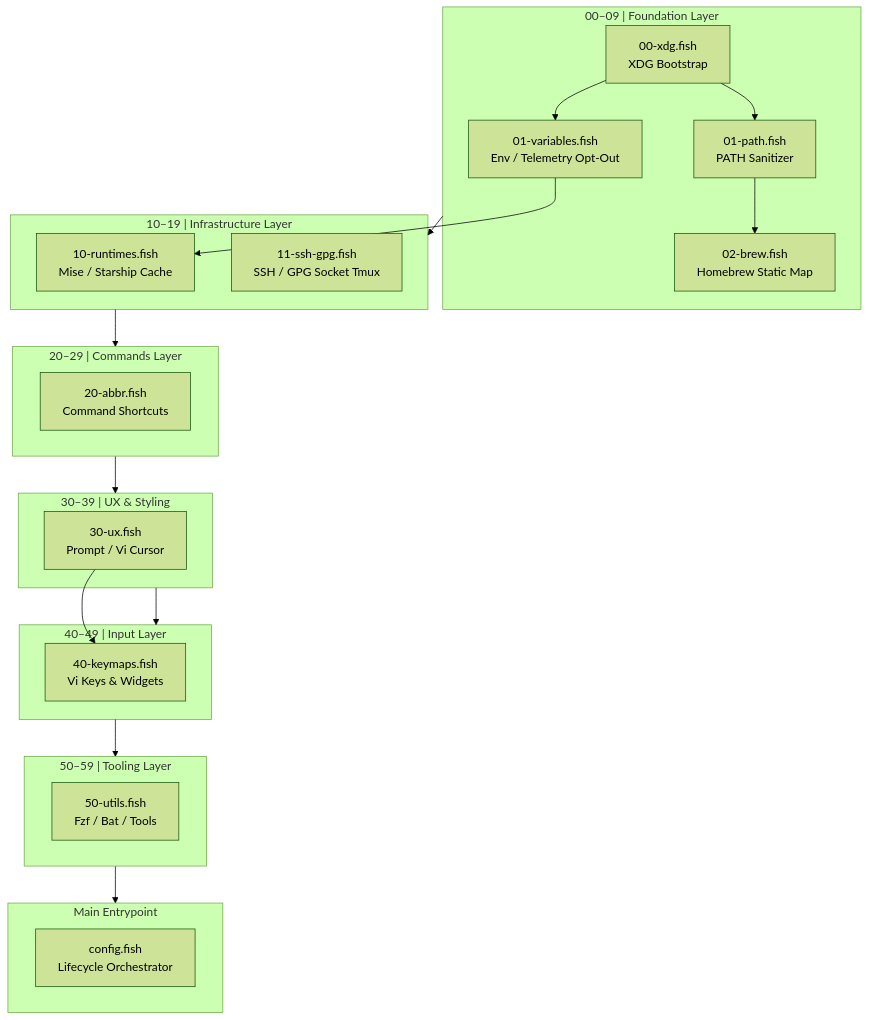
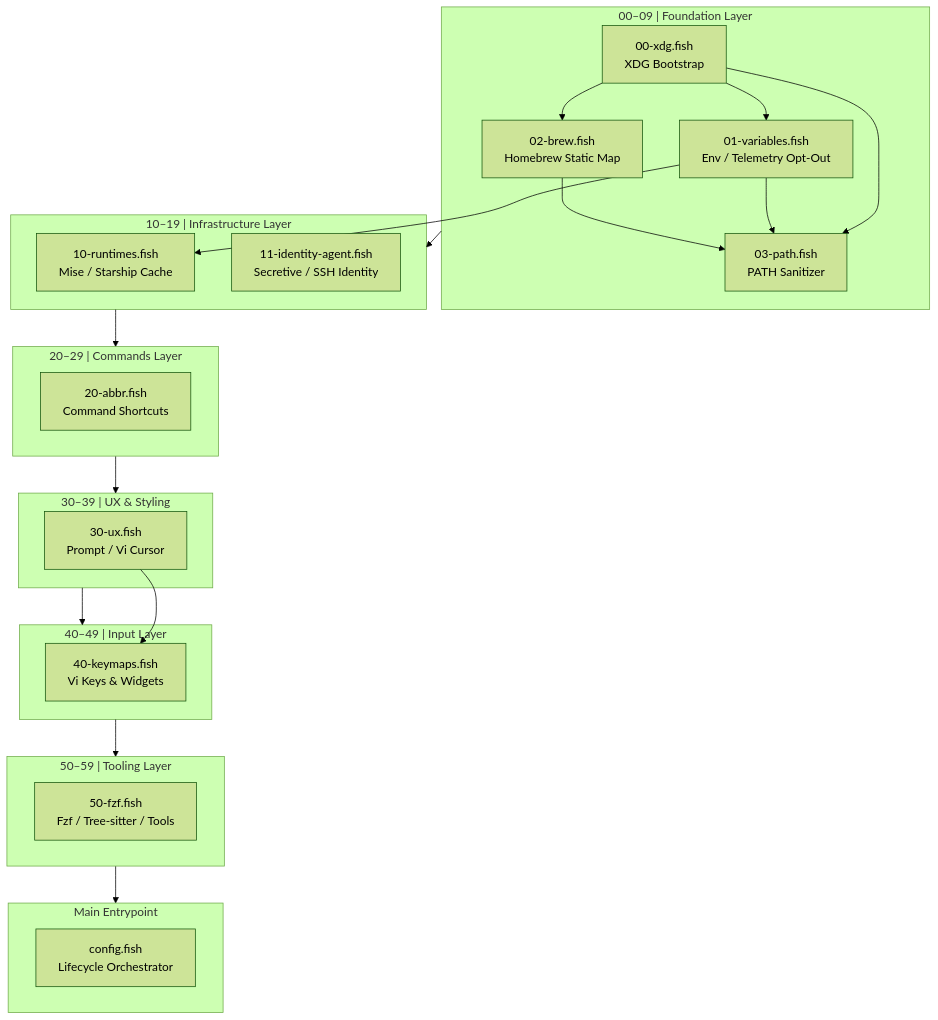
Before and after one commit to zx0r/x-env: the diagram in config/fish/.meta/MAP_OF_CONTENT.md, drawn with Mermaid (forest theme). The commit also changed other lines of this file and 137 other files, not shown here.

Commit message:
feat(config): update README and fish, tmux, starship, nvim, kitty configurations

````diff
--- a/config/fish/.meta/MAP_OF_CONTENT.md
+++ b/config/fish/.meta/MAP_OF_CONTENT.md
@@ -11,51 +6,42 @@
 ```mermaid
 graph TD
-
     subgraph L1["00–09 | Foundation Layer"]
         A00["00-xdg.fish<br/>XDG Bootstrap"]
-        A01P["01-path.fish<br/>PATH Sanitizer"]
         A01V["01-variables.fish<br/>Env / Telemetry Opt-Out"]
         A02B["02-brew.fish<br/>Homebrew Static Map"]
-
-        A00 --> A01P
+        A03P["03-path.fish<br/>PATH Sanitizer"]
         A00 --> A01V
-        A01P --> A02B
+        A00 --> A02B
+        A00 --> A03P
+        A01V --> A03P
+        A02B --> A03P
     end
-
     subgraph L2["10–19 | Infrastructure Layer"]
         A10R["10-runtimes.fish<br/>Mise / Starship Cache"]
-        A11S["11-ssh-gpg.fish<br/>SSH / GPG Socket Tmux"]
-
+        A11S["11-identity-agent.fish<br/>Secretive / SSH Identity"]
         A01V --> A10R
     end
-
     subgraph L3["20–29 | Commands Layer"]
         A20A["20-abbr.fish<br/>Command Shortcuts"]
     end
-
     subgraph L4["30–39 | UX & Styling"]
         A30U["30-ux.fish<br/>Prompt / Vi Cursor"]
     end
-
     subgraph L5["40–49 | Input Layer"]
         A40K["40-keymaps.fish<br/>Vi Keys & Widgets"]
-
         A30U --> A40K
     end
-
     subgraph L6["50–59 | Tooling Layer"]
-        A50U["50-utils.fish<br/>Fzf / Bat / Tools"]
+        A50F["50-fzf.fish<br/>Fzf / Tree-sitter / Tools"]
     end
-
     subgraph CFG["Main Entrypoint"]
         CF["config.fish<br/>Lifecycle Orchestrator"]
     end
-
     %% Layer execution order
     L1 --> L2
     L2 --> L3
     L3 --> L4
     L4 --> L5
     L5 --> L6
     L6 --> CFG
 ```
````
